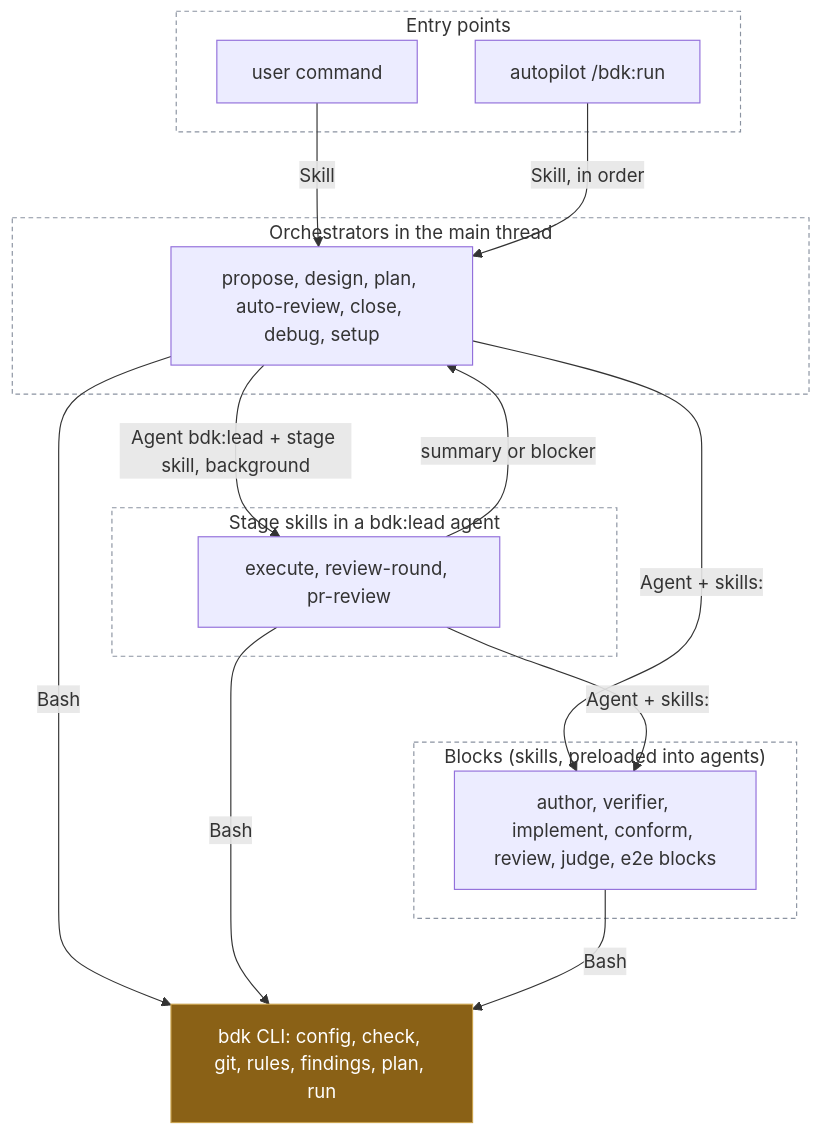
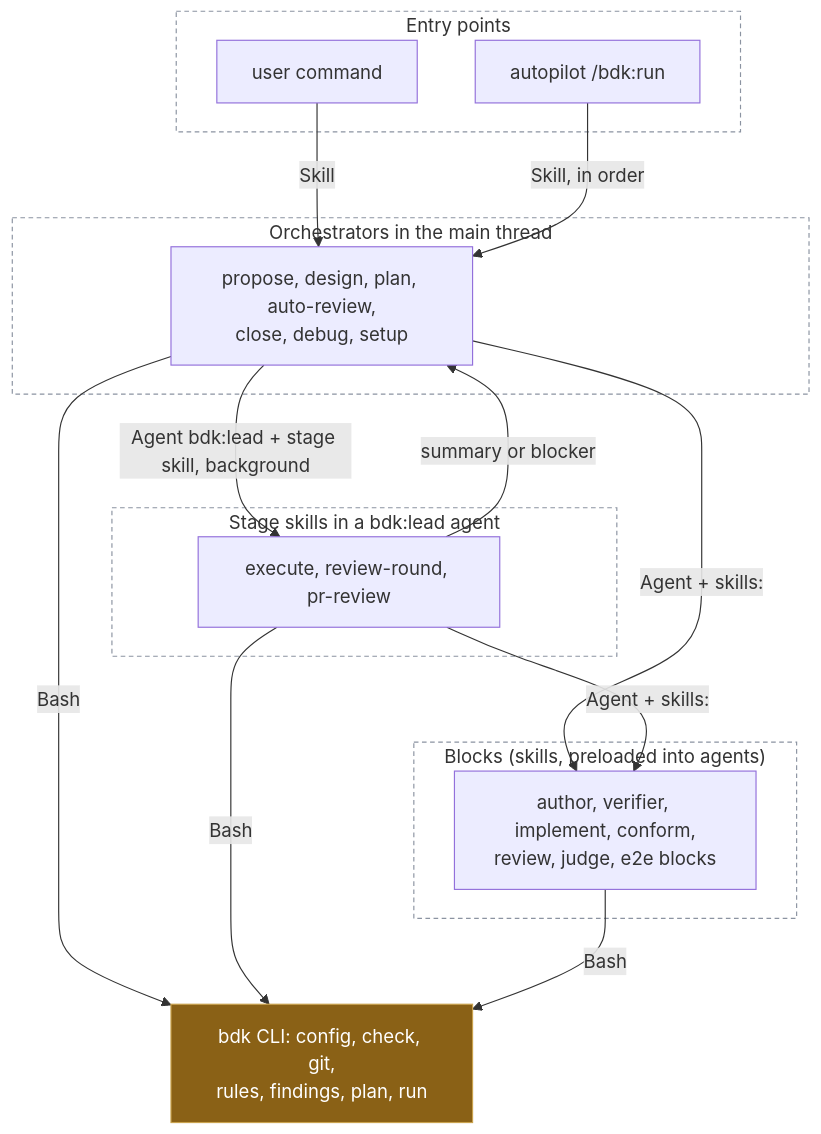
Before and after one commit to broneq/bdk: the fourth of 12 diagrams in docs/design/2026-10-07-v3-architecture.md, drawn with Mermaid. The commit also changed other lines of this file and 11 other files, not shown here.

First line of the commit message:
fix(docs): break flowchart labels only at the author's line breaks

````diff
--- a/docs/design/2026-10-07-v3-architecture.md
+++ b/docs/design/2026-10-07-v3-architecture.md
@@ -186,32 +186,32 @@
 ```mermaid
 flowchart TB
   subgraph E["Entry points"]
     U["user command"]
     RUN["autopilot /bdk:run"]
   end
   subgraph MT["Orchestrators in the main thread"]
-    IA["propose, design, plan, auto-review, close, debug, setup"]
+    IA["propose, design, plan, auto-review,<br/>close, debug, setup"]
   end
   subgraph LD["Stage skills in a bdk:lead agent"]
     ME["execute, review-round, pr-review"]
   end
   subgraph B["Blocks (skills, preloaded into agents)"]
-    BL["author, verifier, implement, conform, review, judge, e2e blocks"]
+    BL["author, verifier, implement, conform,<br/>review, judge, e2e blocks"]
   end
-  CLI["bdk CLI: config, check, git, rules, findings, plan, run"]
+  CLI["bdk CLI: config, check, git,<br/>rules, findings, plan, run"]
   U -->|"Skill"| IA
   RUN -->|"Skill, in order"| IA
   IA -->|"Agent bdk:lead + stage skill, background"| ME
   IA -->|"Agent + skills:"| BL
   ME -->|"Agent + skills:"| BL
   ME -->|"summary or blocker"| IA
   IA -->|"Bash"| CLI
   ME -->|"Bash"| CLI
   BL -->|"Bash"| CLI
   classDef warn fill:#8a6116,stroke:#c9a24d,color:#ffffff
   class CLI warn
   style E fill:transparent,stroke:#8b93a1,stroke-dasharray:4 3
   style MT fill:transparent,stroke:#8b93a1,stroke-dasharray:4 3
   style LD fill:transparent,stroke:#8b93a1,stroke-dasharray:4 3
   style B fill:transparent,stroke:#8b93a1,stroke-dasharray:4 3
 ```
````
